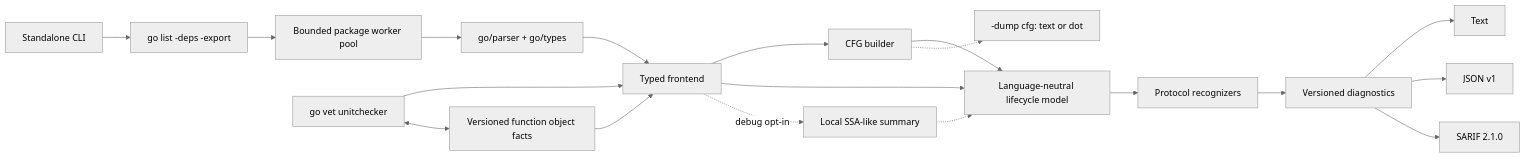
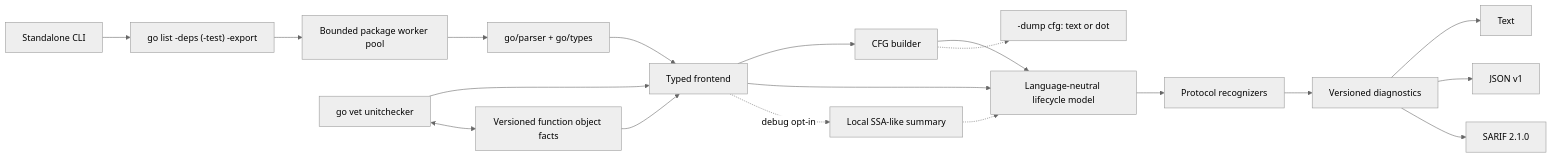
The diagram in docs/architecture.md (grigoryfedyukovich/lifeline), drawn with Mermaid (neutral theme) before and after one commit. The commit also changed other lines of this file and 10 other files, not shown here.

Commit message:
analyze Go’s full test build graph, including external test packages and test-only dependencies

````diff
--- a/docs/architecture.md
+++ b/docs/architecture.md
@@ -3,21 +3,21 @@
 ```mermaid
 flowchart LR
-    CLI[Standalone CLI] --> GL[go list -deps -export]
+    CLI[Standalone CLI] --> GL["go list -deps (-test) -export"]
     GL --> POOL[Bounded package worker pool]
     POOL --> PARSE[go/parser + go/types]
     VET[go vet unitchecker] --> FE[Typed frontend]
     PARSE --> FE
     FE --> CFGB[CFG builder]
     CFGB --> MODEL[Language-neutral lifecycle model]
     FE --> MODEL
     FE -. debug opt-in .-> SSA[Local SSA-like summary]
     SSA -.-> MODEL
     MODEL --> ENG[Protocol recognizers]
     ENG --> DIAG[Versioned diagnostics]
     DIAG --> TEXT[Text]
     DIAG --> JSON[JSON v1]
     DIAG --> SARIF[SARIF 2.1.0]
     VET <--> FACT[Versioned function object facts]
     FACT --> FE
     CFGB -.-> CFGDUMP[-dump cfg: text or dot]
 ```
````
